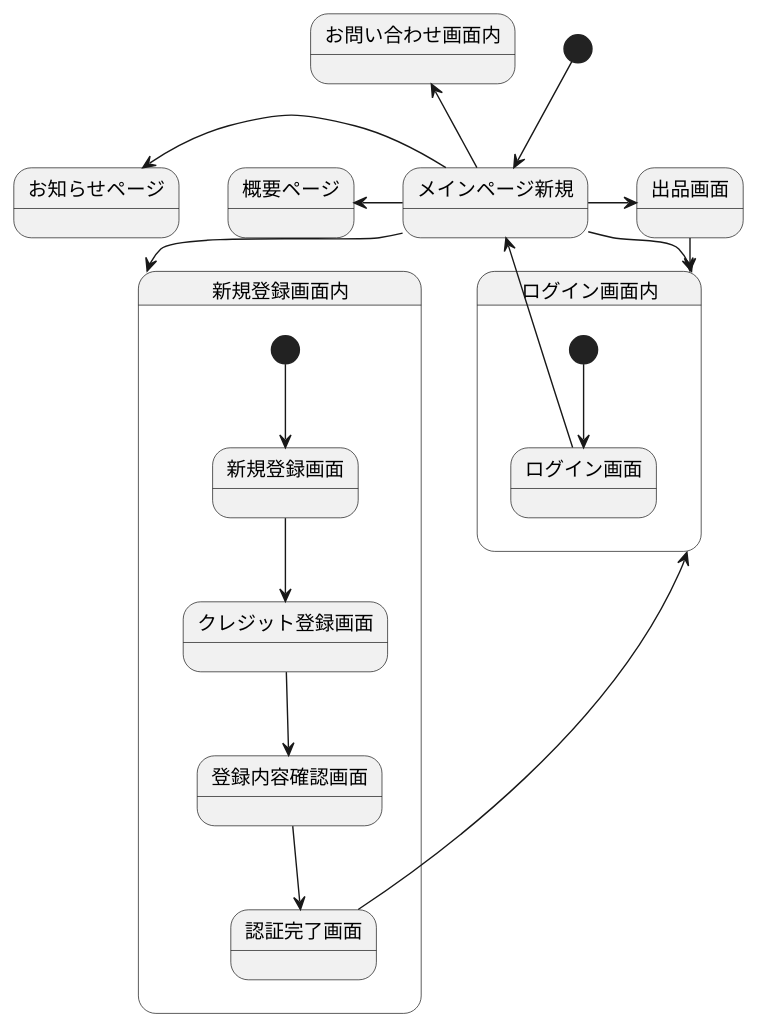
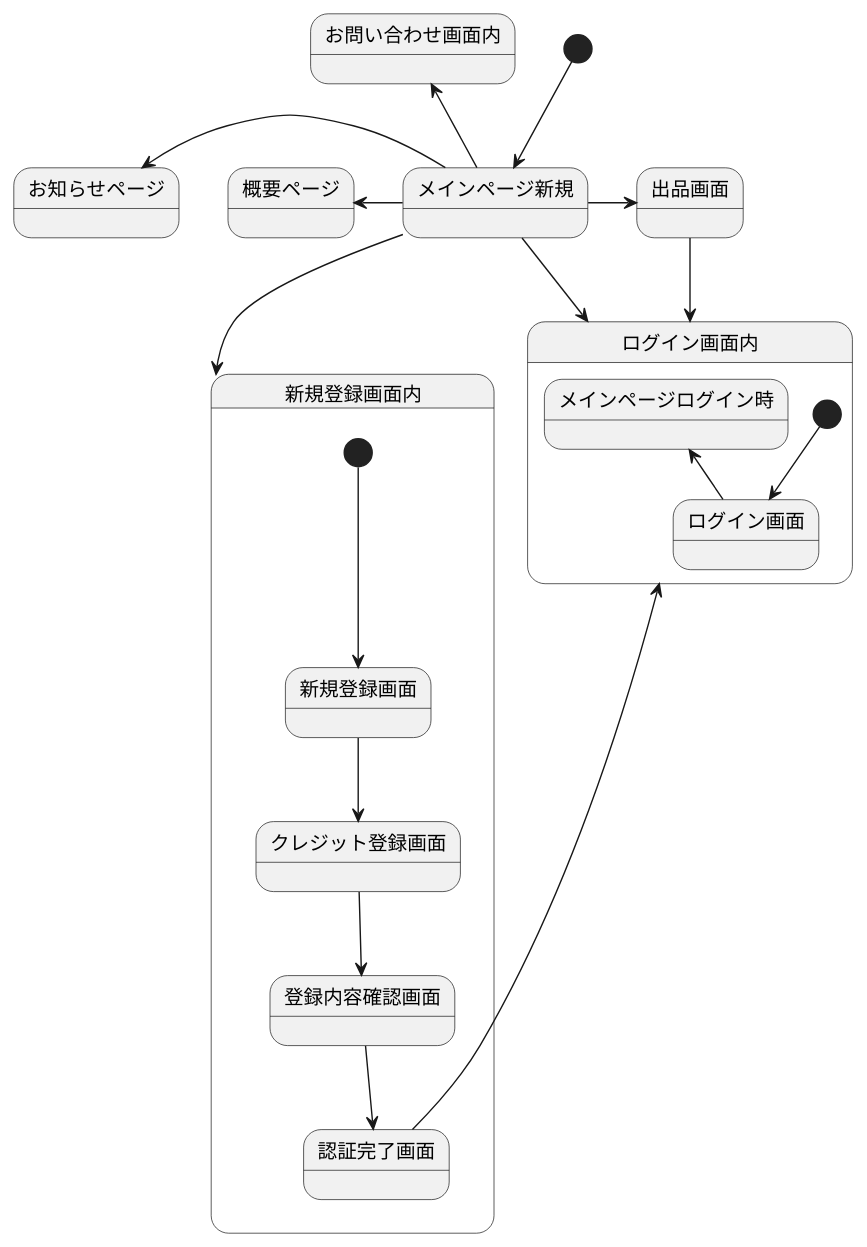
The diagram in 画面遷移図.md (Aso2001147/2021SystemDesign), drawn with PlantUML before and after one commit.

````diff
--- a/画面遷移図.md
+++ b/画面遷移図.md
@@ -1,28 +1,28 @@
 ```uml
 @startuml
 [*] --> メインページ新規
 メインページ新規 -left-> 概要ページ
 メインページ新規 -up-> お問い合わせ画面内
 メインページ新規 -left-> お知らせページ
 メインページ新規 --> ログイン画面内
 メインページ新規 --> 新規登録画面内
 メインページ新規 -> 出品画面
 出品画面 -> ログイン画面内
 
 
 state 新規登録画面内{
 [*] --> 新規登録画面
 新規登録画面 -down-> クレジット登録画面
 クレジット登録画面 -down-> 登録内容確認画面
 登録内容確認画面 -down-> 認証完了画面
 認証完了画面 -up-> ログイン画面内
 }
 
 state ログイン画面内{
 [*] -down-> ログイン画面
-ログイン画面 -up-> メインページ新規
+ログイン画面 -up-> メインページログイン時
 }
 
 
 @enduml
 ```
````
